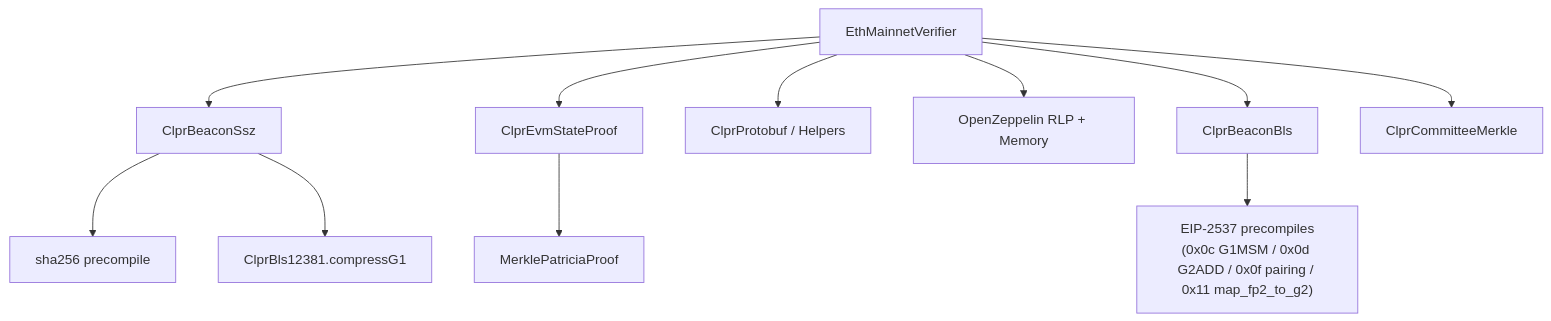
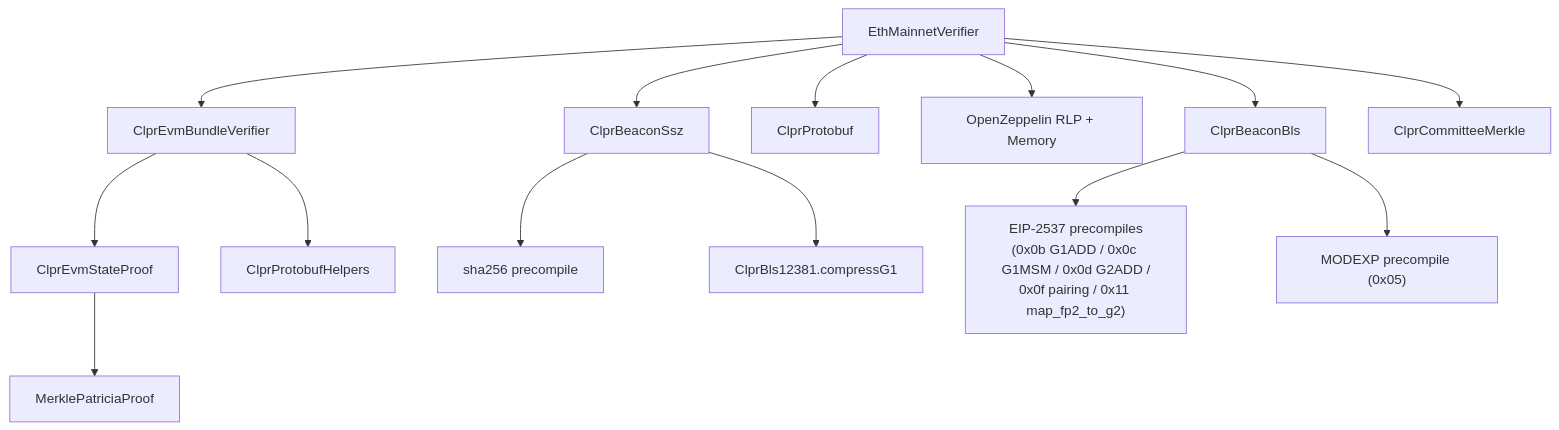
One commit to LFDT-CLPR/clpr-smart-contracts changed the fourth of 4 diagrams in src/verifiers/evm/ethereum/README.md. Above: the diagram before and after it, drawn with Mermaid. The commit also changed other lines of this file and 17 other files, not shown here.

````diff
--- a/src/verifiers/evm/ethereum/README.md
+++ b/src/verifiers/evm/ethereum/README.md
@@ -229,14 +287,17 @@
 ```mermaid
 graph TD
-    EMV["EthMainnetVerifier"] --> SSZ["ClprBeaconSsz"]
-    EMV --> ESP["ClprEvmStateProof"]
-    EMV --> PB["ClprProtobuf / Helpers"]
+    EMV["EthMainnetVerifier"] --> BASE["ClprEvmBundleVerifier"]
+    EMV --> SSZ["ClprBeaconSsz"]
+    EMV --> PB["ClprProtobuf"]
     EMV --> RLP["OpenZeppelin RLP + Memory"]
     EMV --> BLS["ClprBeaconBls"]
     EMV --> CM["ClprCommitteeMerkle"]
 
+    BASE --> ESP["ClprEvmStateProof"]
+    BASE --> PBH["ClprProtobufHelpers"]
     ESP --> MPT["MerklePatriciaProof"]
     SSZ --> SHA["sha256 precompile"]
     SSZ --> CMP["ClprBls12381.compressG1"]
-    BLS --> EIP["EIP-2537 precompiles\n(0x0c G1MSM / 0x0d G2ADD / 0x0f pairing / 0x11 map_fp2_to_g2)"]
+    BLS --> EIP["EIP-2537 precompiles\n(0x0b G1ADD / 0x0c G1MSM / 0x0d G2ADD /\n0x0f pairing / 0x11 map_fp2_to_g2)"]
+    BLS --> MODEXP["MODEXP precompile (0x05)"]
 ```
````
